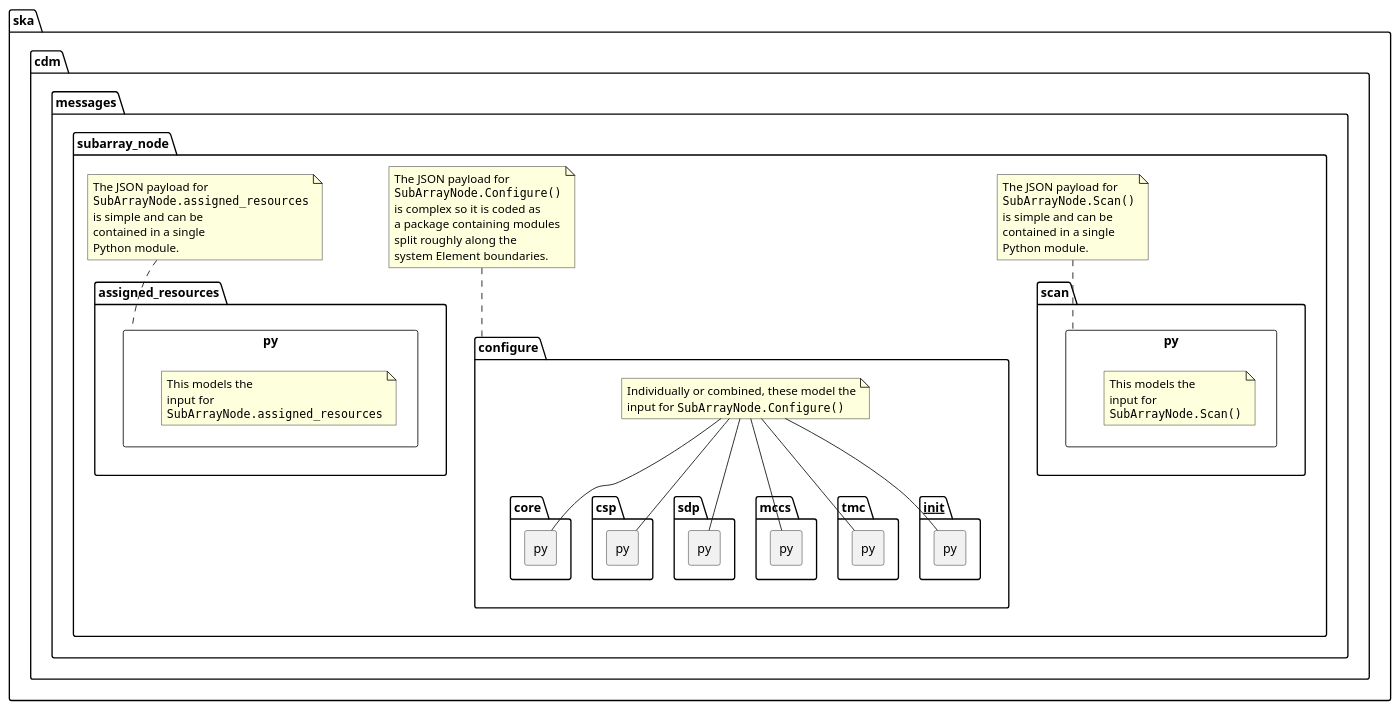
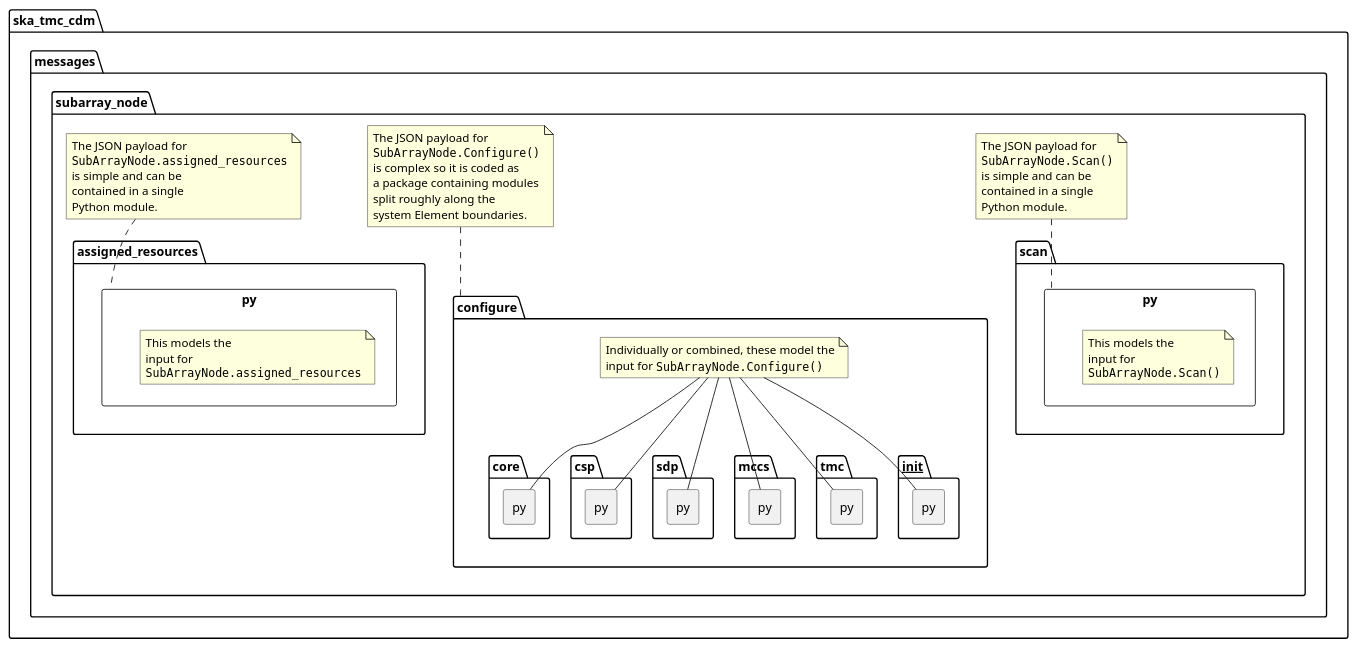
The diagram in docs/src/developer/subarraynode/subarraynode.puml (ska-telescope/cdm-shared-library), drawn with PlantUML before and after one commit. The commit also changed 231 other files, not shown here.

Commit message:
AT2-8865: Rename ska.cdm module to ska_tmc_cdm

```diff
--- a/docs/src/developer/subarraynode/subarraynode.puml
+++ b/docs/src/developer/subarraynode/subarraynode.puml
@@ -1,76 +1,76 @@
 @startuml
 hide empty members
 
-package ska.cdm.messages.subarray_node {
+package ska_tmc_cdm.messages.subarray_node {
         package scan.py <<Rectangle>> {
 		note as N1
 			This models the
 			input for
 			""SubArrayNode.Scan()""
 		end note
 	}
 	note top of scan.py
 		The JSON payload for
 		""SubArrayNode.Scan()""
 		is simple and can be
 		contained in a single
 		Python module.
 	end note
 
 	package configure {
 		package core.py <<Rectangle>> {
 		}
 
 		package csp.py <<Rectangle>> {
 		}
 
 		package sdp.py <<Rectangle>> {
 		}
 
         package mccs.py <<Rectangle>> {
         }
 
 		package tmc.py <<Rectangle>> {
 		}
 
 		package __init__.py <<Rectangle>> {
 		}
 
 		note as N2
 			Individually or combined, these model the
 			input for ""SubArrayNode.Configure()""
 		end note
 
 		N2 -- __init__.py
 		N2 -- core.py
 		N2 -- csp.py
 		N2 -- sdp.py
 		N2 -- mccs.py
 		N2 -- tmc.py
 	}
 	note top of configure
 		The JSON payload for
 		""SubArrayNode.Configure()""
 		is complex so it is coded as
 		a package containing modules
 		split roughly along the
 		system Element boundaries.
 	end note
 
 	package assigned_resources.py <<Rectangle>> {
 		note as N3
 			This models the
 			input for
 			""SubArrayNode.assigned_resources""
 		end note
 	}
 	note top of assigned_resources.py
 		The JSON payload for
 		""SubArrayNode.assigned_resources""
 		is simple and can be
 		contained in a single
 		Python module.
 	end note
 }
 
 @enduml
```
